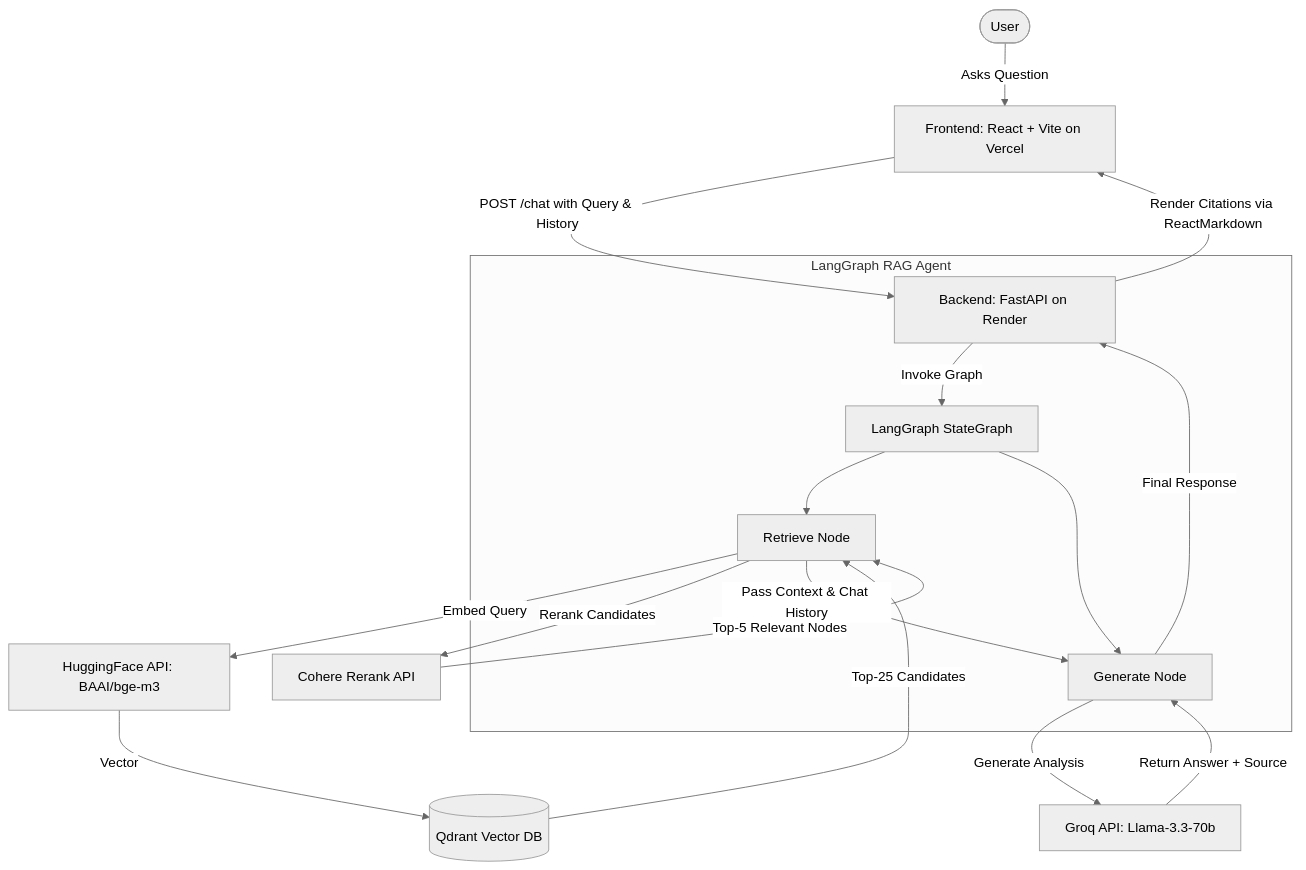
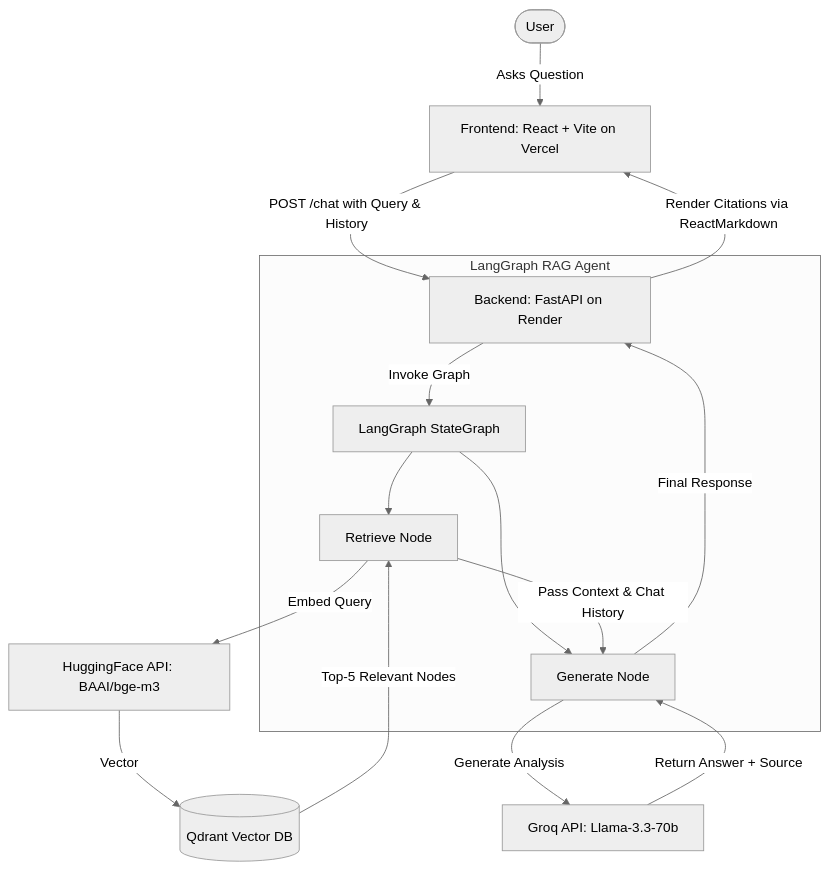
The diagram in README.md (dovh11/finrag-project), drawn with Mermaid (neutral theme) before and after one commit. The commit also changed other lines of this file and 1 other file, not shown here.

Commit message:
refactor: optimize retriever top_k for token efficiency and remove reranker overhead

````diff
--- a/README.md
+++ b/README.md
@@ -52,24 +52,22 @@
 ```mermaid
 graph TD
     User([User]) -->|Asks Question| UI[Frontend: React + Vite on Vercel]
     UI -->|POST /chat with Query & History| API[Backend: FastAPI on Render]
     
     subgraph LangGraph RAG Agent
         API -->|Invoke Graph| Agent[LangGraph StateGraph]
         Agent --> Retriever[Retrieve Node]
         Agent --> Generator[Generate Node]
     end
 
     Retriever -->|Embed Query| HF[HuggingFace API: BAAI/bge-m3]
     HF -->|Vector| Qdrant[(Qdrant Vector DB)]
-    Qdrant -->|Top-25 Candidates| Retriever
-    Retriever -->|Rerank Candidates| Cohere[Cohere Rerank API]
-    Cohere -->|Top-5 Relevant Nodes| Retriever
+    Qdrant -->|Top-5 Relevant Nodes| Retriever
     
     Retriever -->|Pass Context & Chat History| Generator
     Generator -->|Generate Analysis| Groq[Groq API: Llama-3.3-70b]
     Groq -->|Return Answer + Source| Generator
     
     Generator -->|Final Response| API
     API -->|Render Citations via ReactMarkdown| UI
 ```
````
